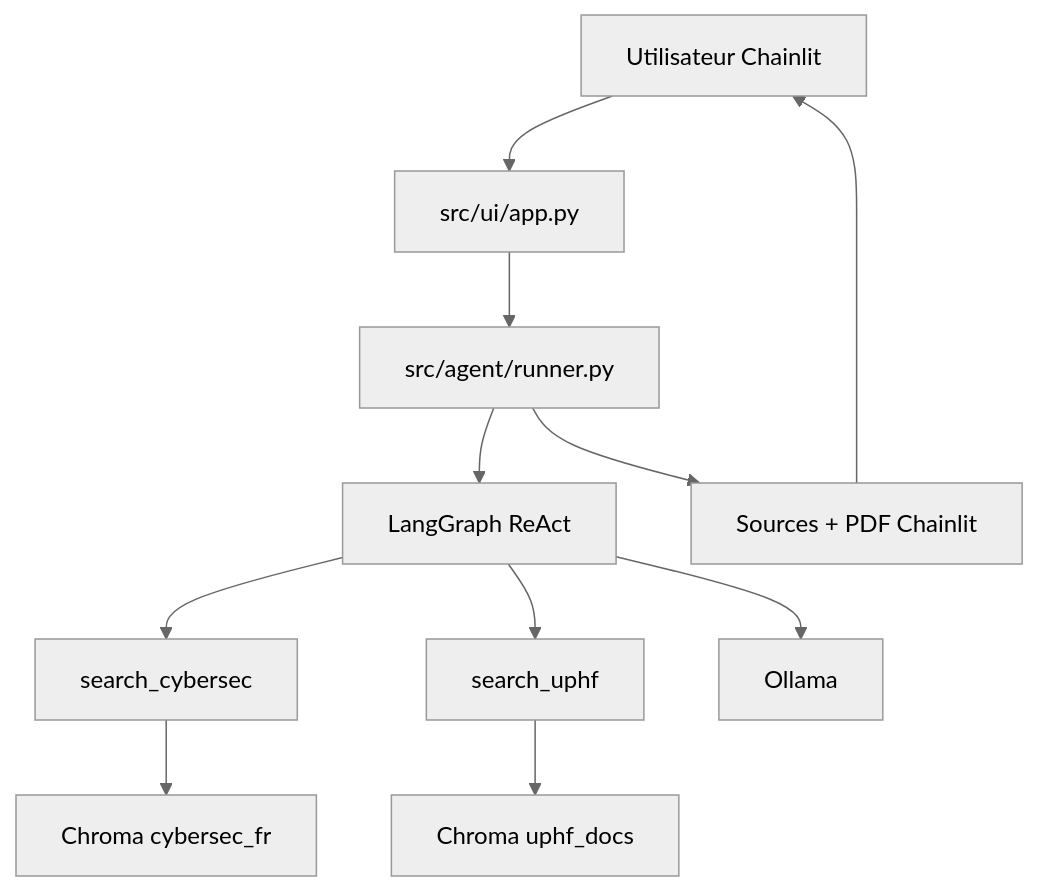
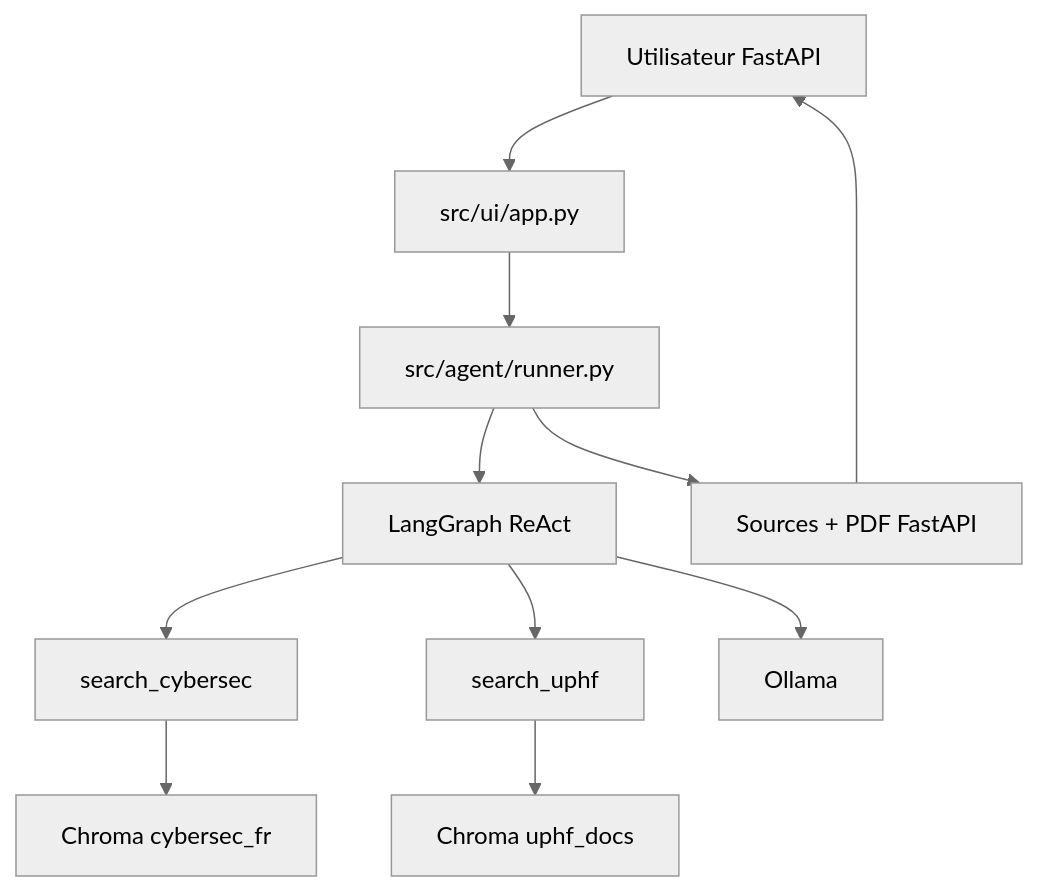
The second of 2 diagrams in README.md (julesdavidou/Projet-F.R.I.T.E.S), drawn with Mermaid (neutral theme) before and after one commit. The commit also changed other lines of this file, not shown here.

Commit message:
feat: maj du README

````diff
--- a/README.md
+++ b/README.md
@@ -36,13 +36,13 @@
 ```mermaid
 flowchart TD
-    U[Utilisateur Chainlit] --> UI[src/ui/app.py]
+    U[Utilisateur FastAPI] --> UI[src/ui/app.py]
     UI --> R[src/agent/runner.py]
     R --> G[LangGraph ReAct]
     G --> C[search_cybersec]
     G --> H[search_uphf]
     C --> CC[Chroma cybersec_fr]
     H --> CU[Chroma uphf_docs]
     G --> L[Ollama]
-    R --> S[Sources + PDF Chainlit]
+    R --> S[Sources + PDF FastAPI]
     S --> U
 ```
````
